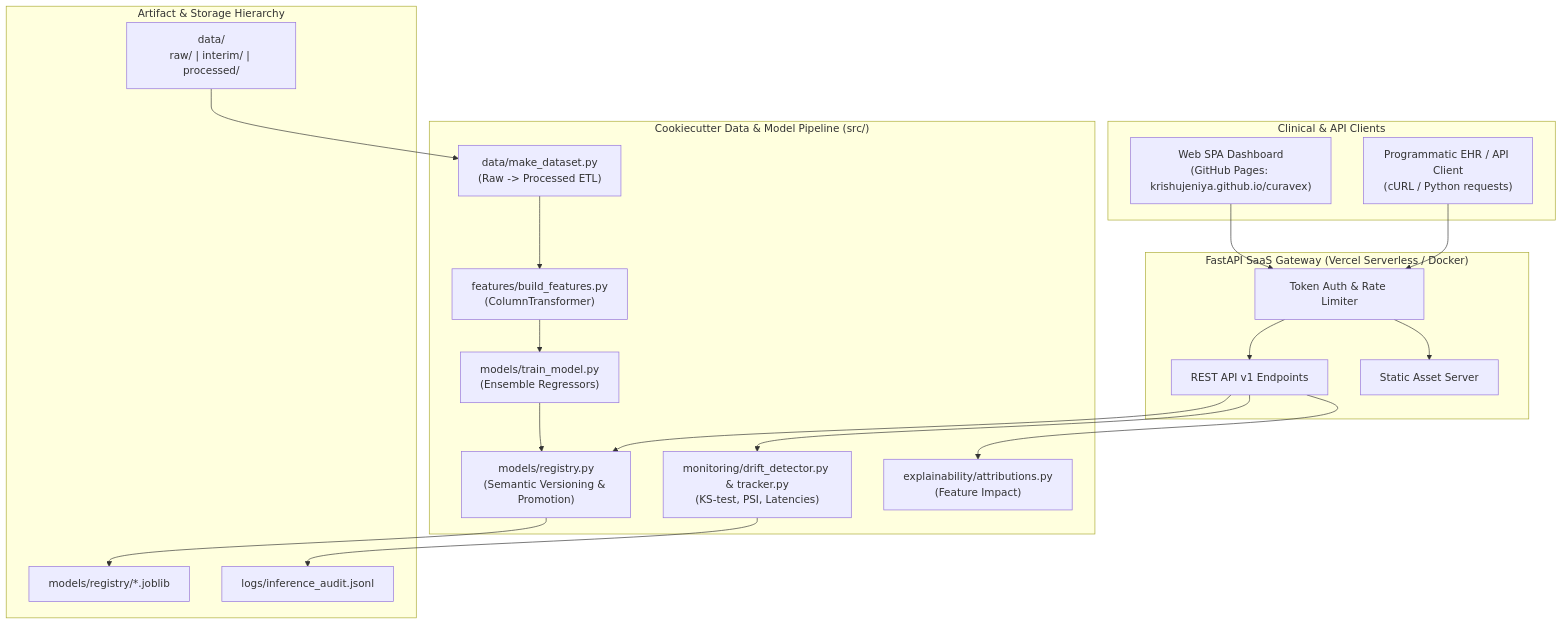
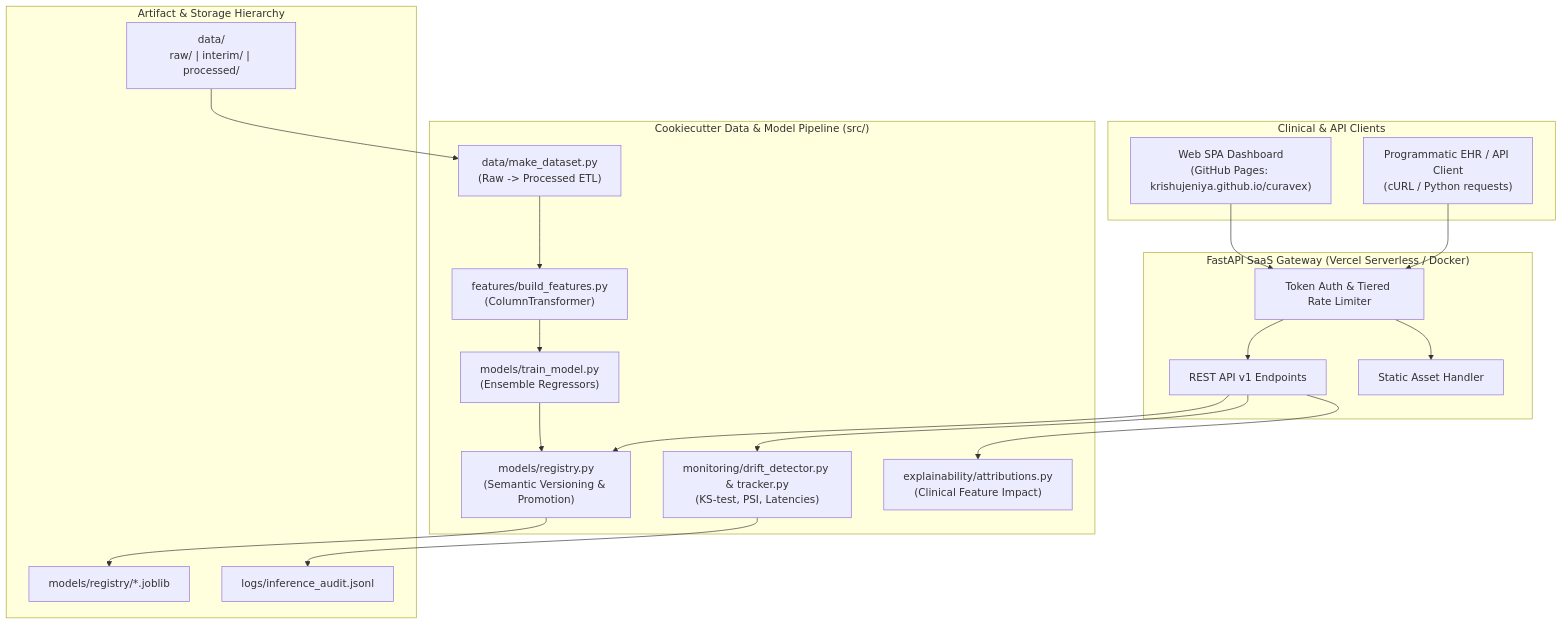
The diagram in README.md (krishujeniya/curavex), drawn with Mermaid before and after one commit. The commit also changed other lines of this file and 3 other files, not shown here.

````diff
--- a/README.md
+++ b/README.md
@@ -26,33 +26,33 @@
 ```mermaid
 flowchart TD
     subgraph Client["Clinical & API Clients"]
         UI["Web SPA Dashboard<br/>(GitHub Pages: krishujeniya.github.io/curavex)"]
         API_CLIENT["Programmatic EHR / API Client<br/>(cURL / Python requests)"]
     end
 
     subgraph CCDS_Pipeline["Cookiecutter Data & Model Pipeline (src/)"]
         DATA_IN["data/make_dataset.py<br/>(Raw -> Processed ETL)"]
         FEAT["features/build_features.py<br/>(ColumnTransformer)"]
         TRAIN["models/train_model.py<br/>(Ensemble Regressors)"]
         REG["models/registry.py<br/>(Semantic Versioning & Promotion)"]
         MON["monitoring/drift_detector.py & tracker.py<br/>(KS-test, PSI, Latencies)"]
-        EXP["explainability/attributions.py<br/>(Feature Impact)"]
+        EXP["explainability/attributions.py<br/>(Clinical Feature Impact)"]
     end
 
     subgraph Serving["FastAPI SaaS Gateway (Vercel Serverless / Docker)"]
-        AUTH["Token Auth & Rate Limiter"]
+        AUTH["Token Auth & Tiered Rate Limiter"]
         ROUTERS["REST API v1 Endpoints"]
-        STATIC["Static Asset Server"]
+        STATIC["Static Asset Handler"]
     end
 
     subgraph Storage["Artifact & Storage Hierarchy"]
         DATA_DIR["data/<br/>raw/ | interim/ | processed/"]
         MODELS_DIR["models/registry/*.joblib"]
         LOGS_DIR["logs/inference_audit.jsonl"]
     end
 
     DATA_DIR --> DATA_IN --> FEAT --> TRAIN --> REG --> MODELS_DIR
     UI & API_CLIENT --> AUTH --> ROUTERS & STATIC
     ROUTERS --> REG & MON & EXP
     MON --> LOGS_DIR
 ```
````
